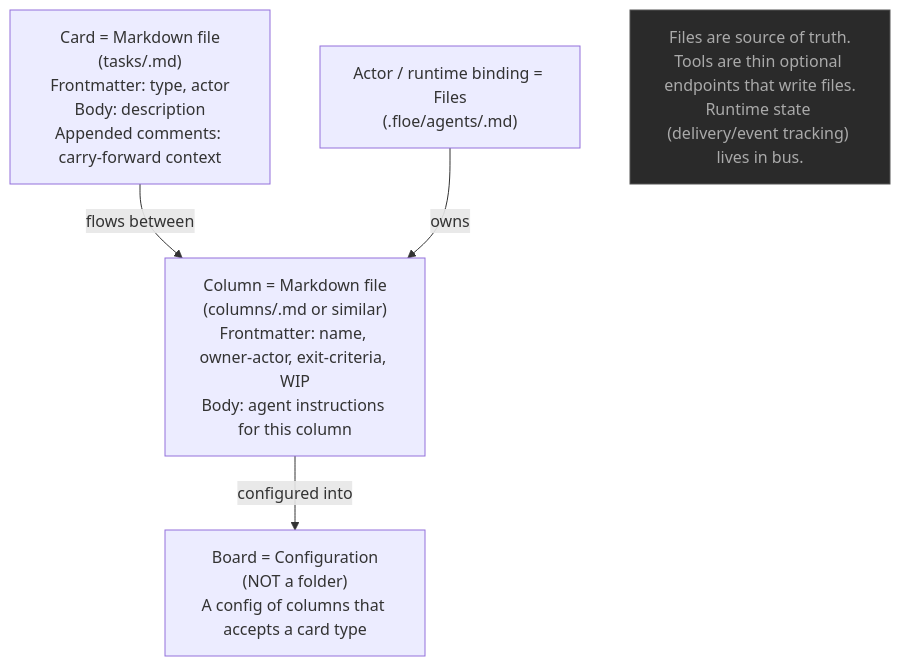
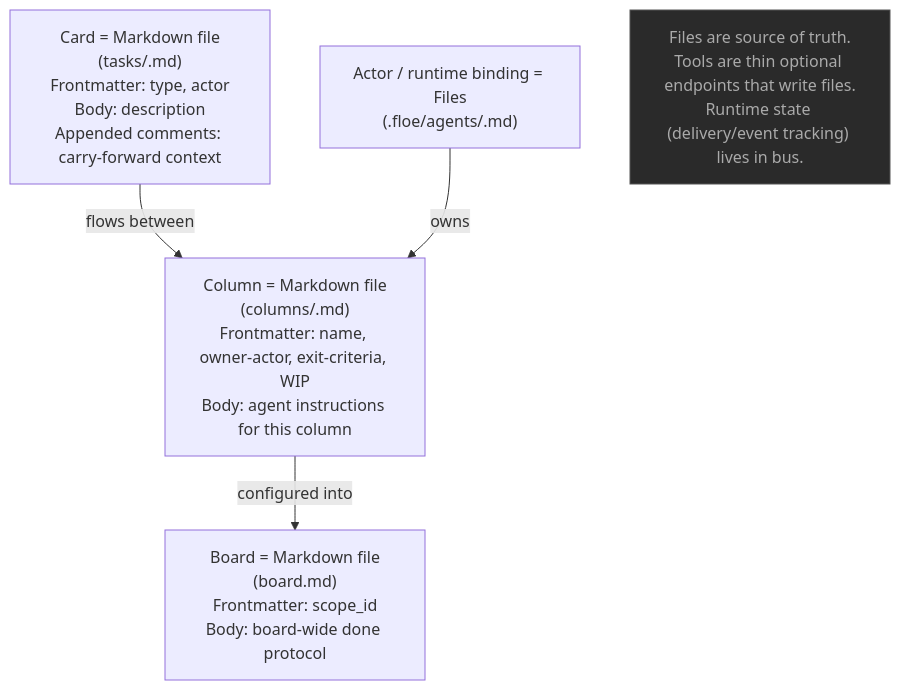
Before and after one commit to floe-ai/floe-subtrate: the ninth of 12 diagrams in docs/architecture/overview.md, drawn with Mermaid. The commit also changed other lines of this file and 10 other files, not shown here.

````diff
--- a/docs/architecture/overview.md
+++ b/docs/architecture/overview.md
@@ -449,14 +458,14 @@
 ```mermaid
 graph TD
     CARD["Card = Markdown file\n(tasks/<id>.md)\nFrontmatter: type, actor\nBody: description\nAppended comments: carry-forward context"]
-    COL["Column = Markdown file\n(columns/<id>.md or similar)\nFrontmatter: name, owner-actor, exit-criteria, WIP\nBody: agent instructions for this column"]
-    BOARD["Board = Configuration\n(NOT a folder)\nA config of columns that accepts a card type"]
+    COL["Column = Markdown file\n(columns/<id>.md)\nFrontmatter: name, owner-actor, exit-criteria, WIP\nBody: agent instructions for this column"]
+    BOARD_FILE["Board = Markdown file\n(board.md)\nFrontmatter: scope_id\nBody: board-wide done protocol"]
     ACT["Actor / runtime binding = Files\n(.floe/agents/<id>.md)"]
 
     CARD -->|"flows between"| COL
-    COL -->|"configured into"| BOARD
+    COL -->|"configured into"| BOARD_FILE
     ACT -->|"owns"| COL
 
     note1["Files are source of truth.\nTools are thin optional endpoints that write files.\nRuntime state (delivery/event tracking) lives in bus."]
     style note1 fill:#2a2a2a,stroke:#555,color:#aaa
 ```
````
